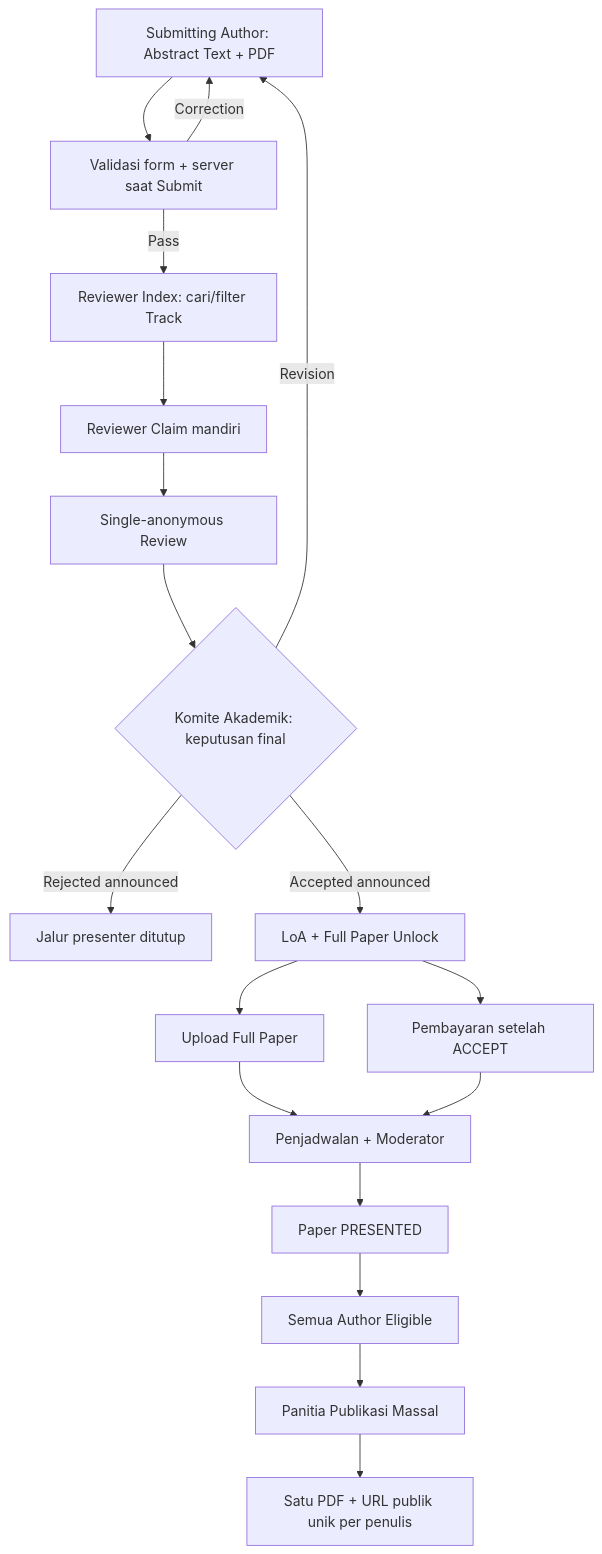
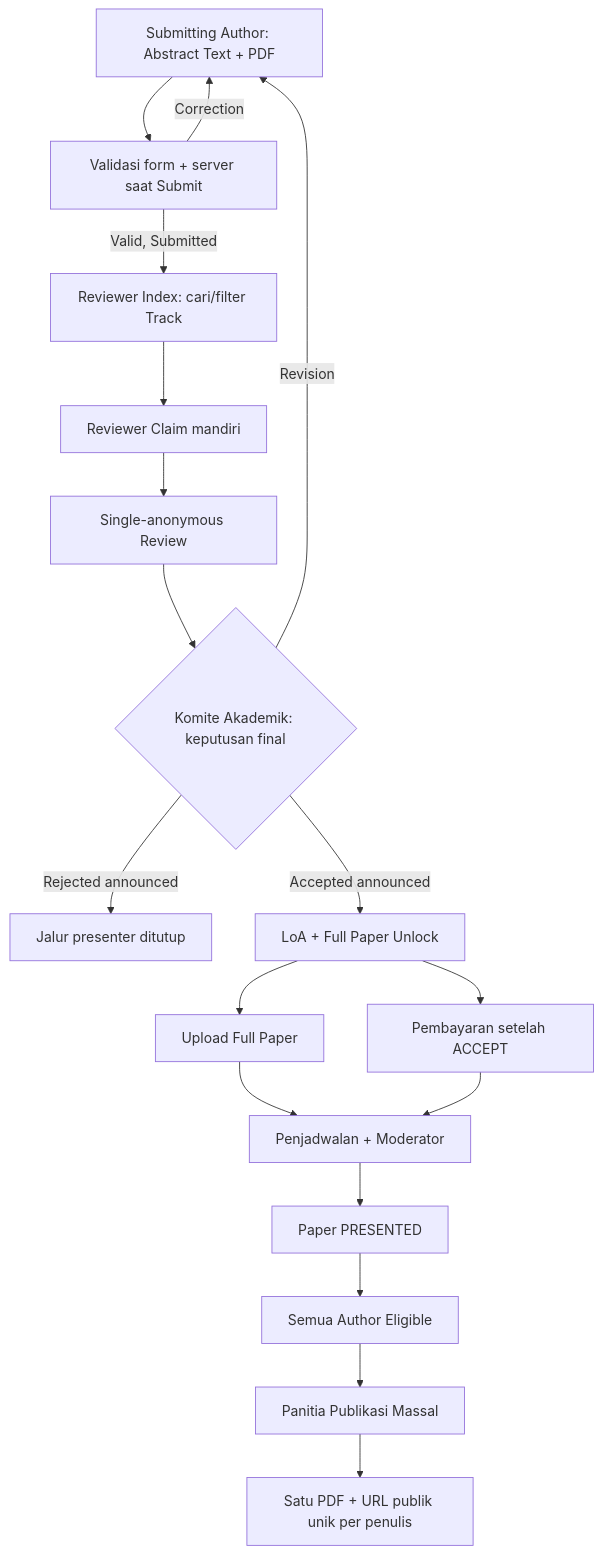
The sixth of 10 diagrams in docs/00-PRESENTASI-WAREK-I.md (akhmadafnan/iches-unisya), drawn with Mermaid before and after one commit.

Commit message:
docs: QA consistency of direct reviewer submission workflow

````diff
--- a/docs/00-PRESENTASI-WAREK-I.md
+++ b/docs/00-PRESENTASI-WAREK-I.md
@@ -143,20 +143,20 @@
 ```mermaid
 flowchart TD
   A["Submitting Author: Abstract Text + PDF"] --> B["Validasi form + server saat Submit"]
   B -->|Correction| A
-  B -->|Pass| C["Reviewer Index: cari/filter Track"]
+  B -->|Valid, Submitted| C["Reviewer Index: cari/filter Track"]
   C --> D["Reviewer Claim mandiri"]
   D --> E["Single-anonymous Review"]
   E --> F{"Komite Akademik: keputusan final"}
   F -->|Revision| A
   F -->|Rejected announced| X["Jalur presenter ditutup"]
   F -->|Accepted announced| G["LoA + Full Paper Unlock"]
   G --> H["Upload Full Paper"]
   G --> I["Pembayaran setelah ACCEPT"]
   H --> J["Penjadwalan + Moderator"]
   I --> J
   J --> K["Paper PRESENTED"]
   K --> L["Semua Author Eligible"]
   L --> M["Panitia Publikasi Massal"]
   M --> N["Satu PDF + URL publik unik per penulis"]
 ```
````
